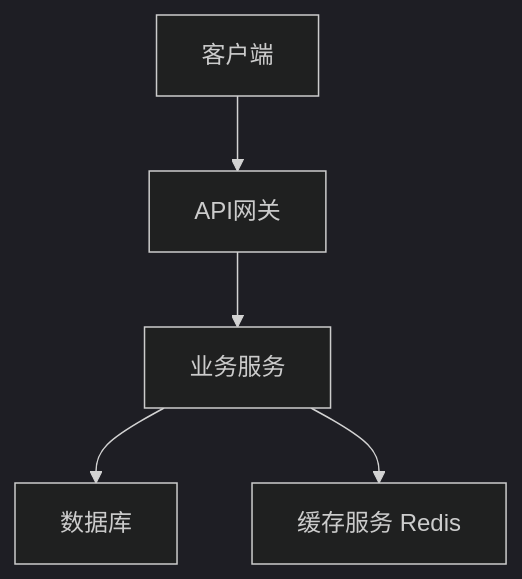
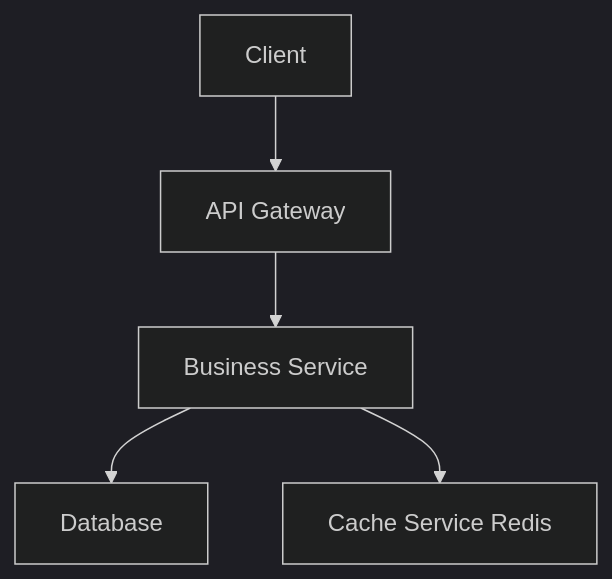
Before and after one commit to ezrover/POICompanion: the first of 3 diagrams in .claude/agents/agent-design.md, drawn with Mermaid (dark theme). The commit also changed other lines of this file and 17 other files, not shown here.

````diff
--- a/.claude/agents/agent-design.md
+++ b/.claude/agents/agent-design.md
@@ -65,7 +65,7 @@
 ```mermaid
 graph TB
-    A[客户端] --> B[API网关]
-    B --> C[业务服务]
-    C --> D[数据库]
-    C --> E[缓存服务 Redis]
+    A[Client] --> B[API Gateway]
+    B --> C[Business Service]
+    C --> D[Database]
+    C --> E[Cache Service Redis]
 ```
````
